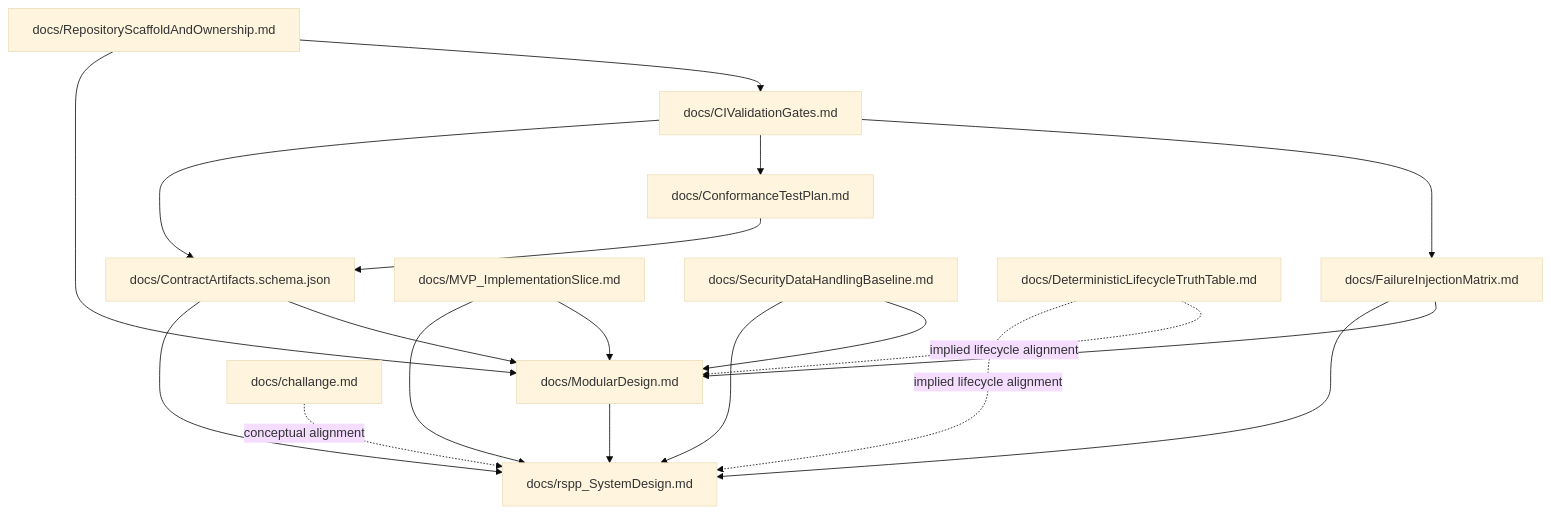
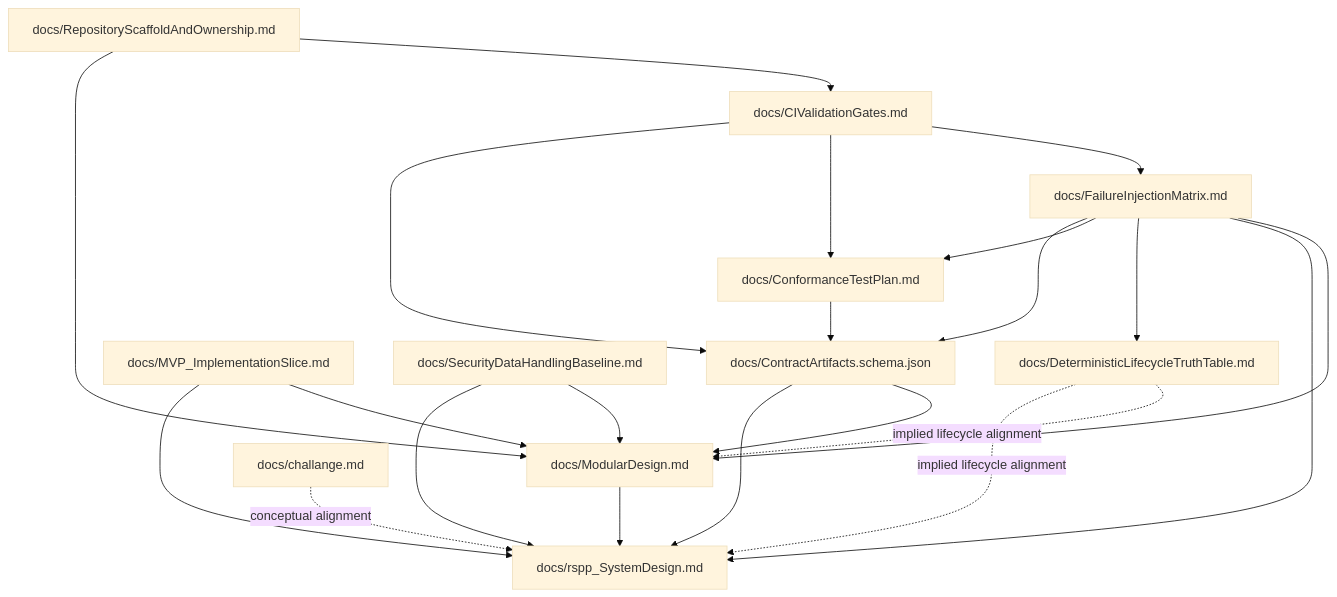
One commit to Junye-Pan/RealtimeSpeechPipeline changed the diagram in docs/rspp_SystemDesign.md. Above: the diagram before and after it, drawn with Mermaid (base theme). The commit also changed 4 other files, not shown here.

````diff
--- a/docs/rspp_SystemDesign.md
+++ b/docs/rspp_SystemDesign.md
@@ -469,33 +469,36 @@
 ```mermaid
 graph TD
   SD["docs/rspp_SystemDesign.md"]
   MD["docs/ModularDesign.md"]
   SCHEMA["docs/ContractArtifacts.schema.json"]
   CTP["docs/ConformanceTestPlan.md"]
   CIV["docs/CIValidationGates.md"]
   FIM["docs/FailureInjectionMatrix.md"]
   MVP["docs/MVP_ImplementationSlice.md"]
   REPO["docs/RepositoryScaffoldAndOwnership.md"]
   SEC["docs/SecurityDataHandlingBaseline.md"]
   TLT["docs/DeterministicLifecycleTruthTable.md"]
   CHAL["docs/challange.md"]
 
   MD --> SD
   SCHEMA --> SD
   SCHEMA --> MD
   CTP --> SCHEMA
   CIV --> SCHEMA
   CIV --> CTP
   CIV --> FIM
+  FIM --> SCHEMA
+  FIM --> CTP
+  FIM --> TLT
   FIM --> SD
   FIM --> MD
   MVP --> SD
   MVP --> MD
   REPO --> MD
   REPO --> CIV
   SEC --> SD
   SEC --> MD
   TLT -. implied lifecycle alignment .-> SD
   TLT -. implied lifecycle alignment .-> MD
   CHAL -. conceptual alignment .-> SD
 ```
````
